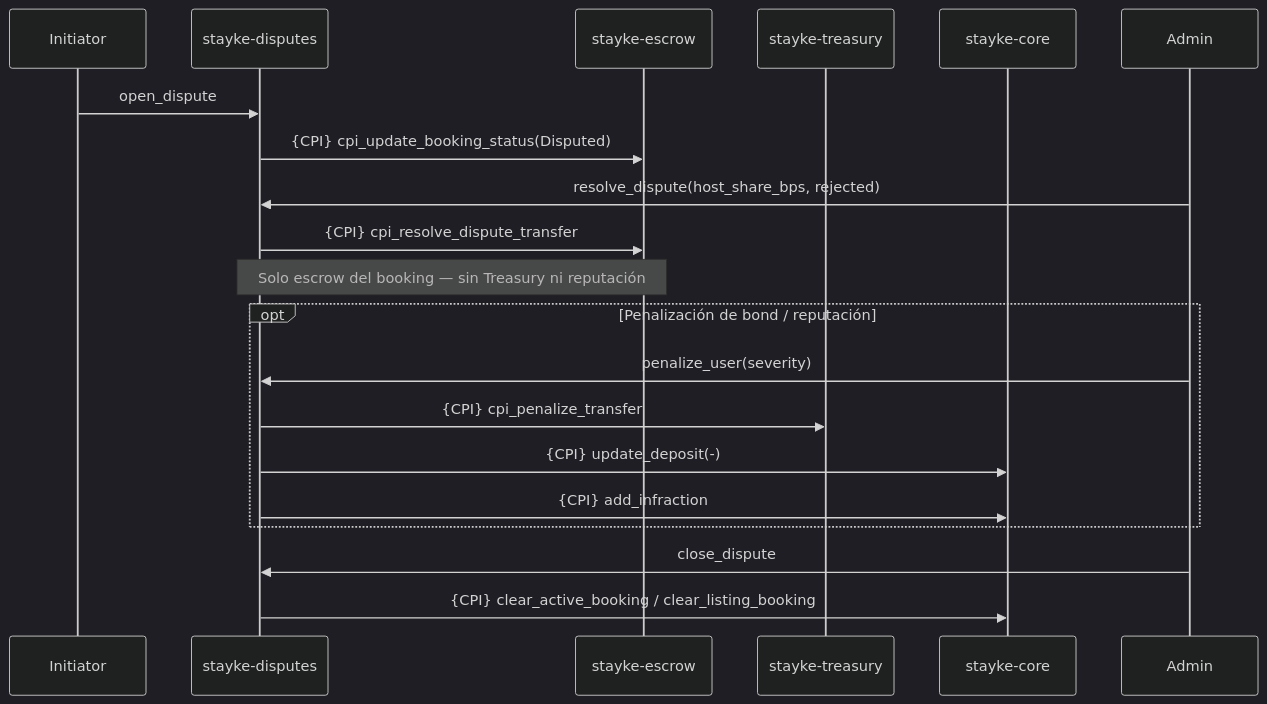
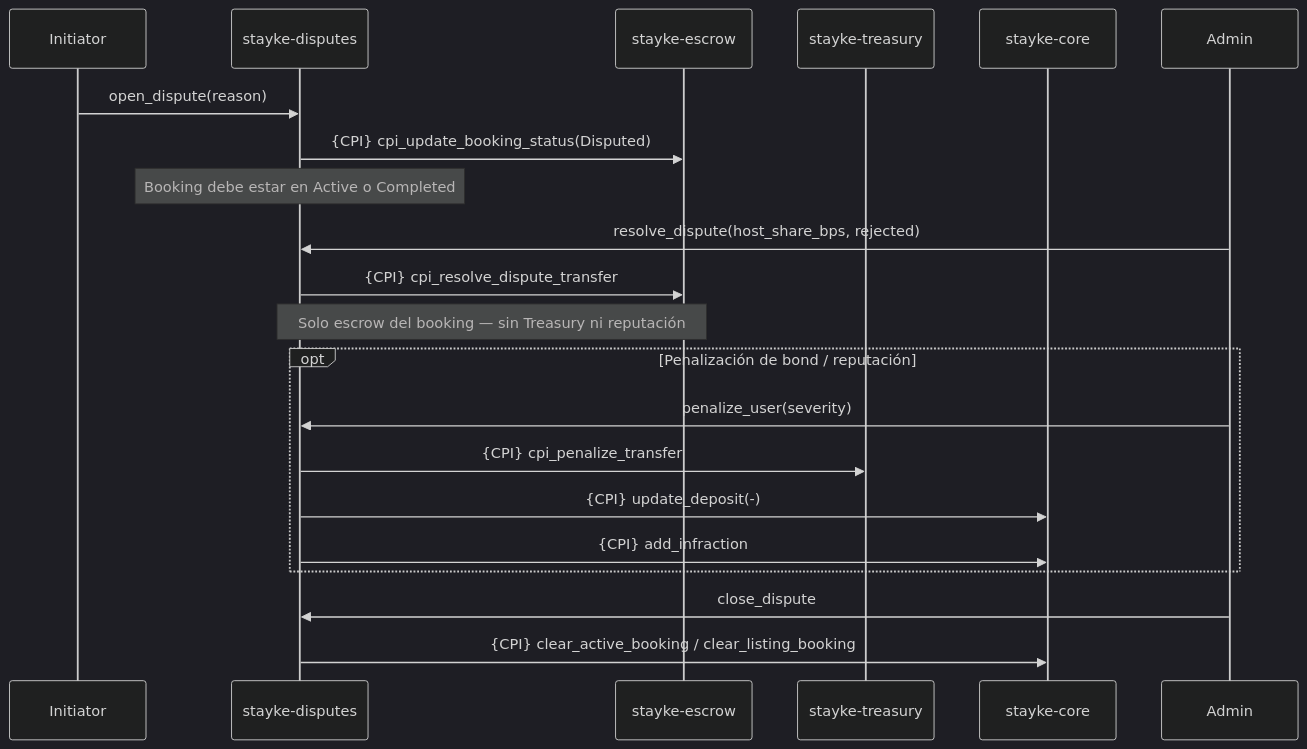
One commit to GestLabs2-0/stayke-contracts changed the fifth of 7 diagrams in docs/stayke-flow-diagram.md. Above: the diagram before and after it, drawn with Mermaid (dark theme). The commit also changed other lines of this file and 30 other files, not shown here.

````diff
--- a/docs/stayke-flow-diagram.md
+++ b/docs/stayke-flow-diagram.md
@@ -118,23 +202,27 @@
 ```mermaid
 sequenceDiagram
     participant U as Initiator
     participant D as stayke-disputes
     participant E as stayke-escrow
     participant T as stayke-treasury
     participant C as stayke-core
     participant A as Admin
 
-    U->>D: open_dispute
+    U->>D: open_dispute(reason)
     D->>E: {CPI} cpi_update_booking_status(Disputed)
+    Note over D: Booking debe estar en Active o Completed
+
     A->>D: resolve_dispute(host_share_bps, rejected)
     D->>E: {CPI} cpi_resolve_dispute_transfer
     Note over D,E: Solo escrow del booking — sin Treasury ni reputación
+
     opt Penalización de bond / reputación
-      A->>D: penalize_user(severity)
-      D->>T: {CPI} cpi_penalize_transfer
-      D->>C: {CPI} update_deposit(-)
-      D->>C: {CPI} add_infraction
+        A->>D: penalize_user(severity)
+        D->>T: {CPI} cpi_penalize_transfer
+        D->>C: {CPI} update_deposit(-)
+        D->>C: {CPI} add_infraction
     end
+
     A->>D: close_dispute
     D->>C: {CPI} clear_active_booking / clear_listing_booking
 ```
````
